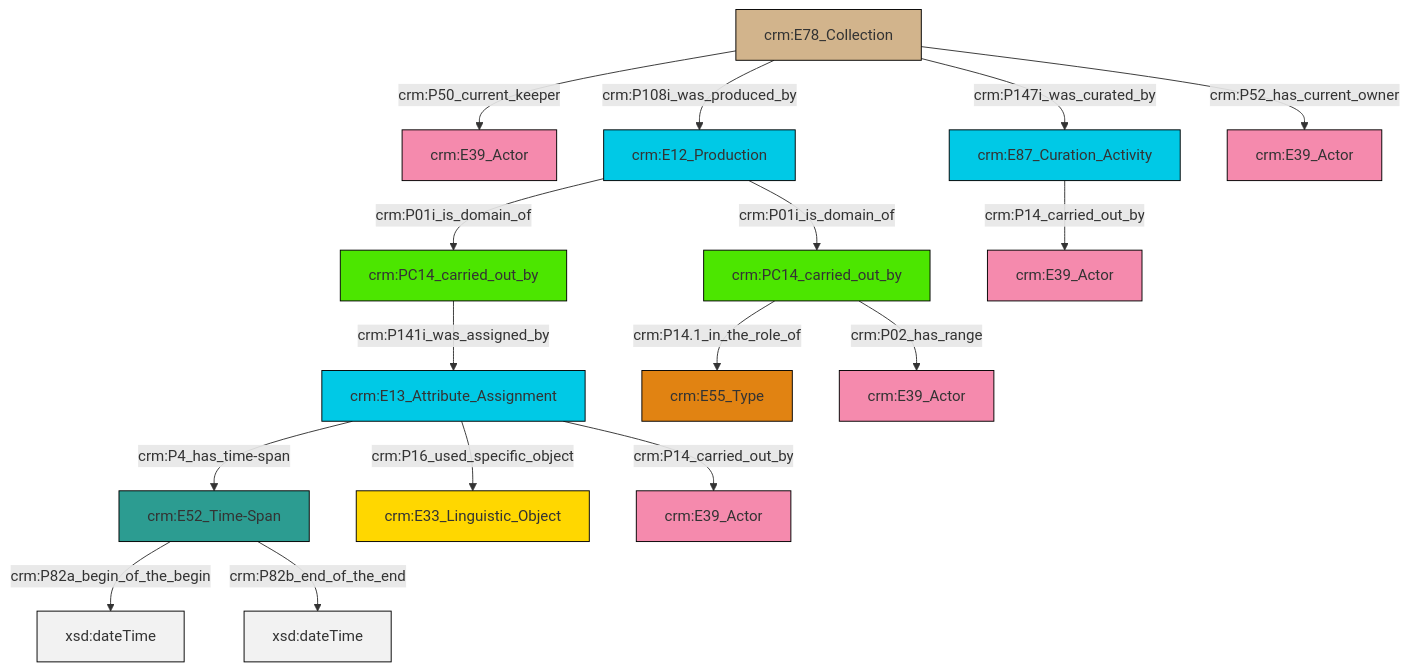
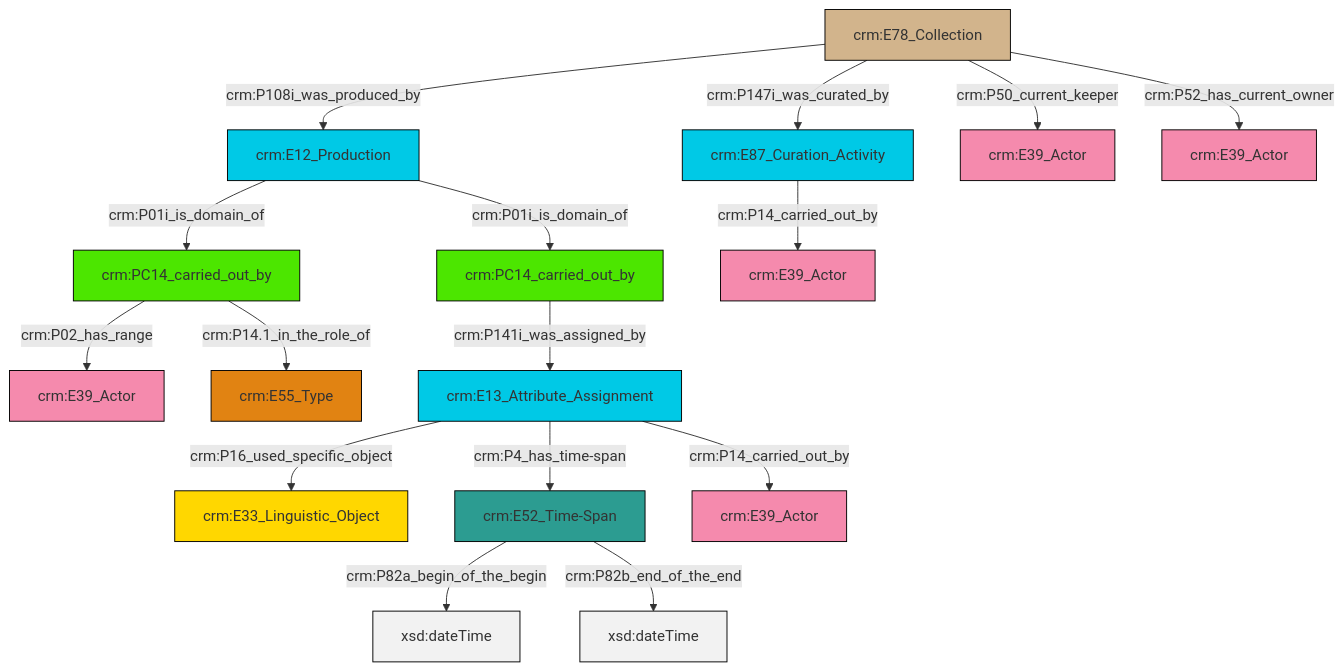
The diagram in et/archivalCSV/ttl/mmd/archival_relation.ttl.mmd (swiss-art-research-net/docs.swissartresearch), drawn with Mermaid before and after one commit. The commit also changed 177 other files, not shown here.

```diff
--- a/et/archivalCSV/ttl/mmd/archival_relation.ttl.mmd
+++ b/et/archivalCSV/ttl/mmd/archival_relation.ttl.mmd
@@ -1,30 +1,30 @@
 graph TD
 classDef Literal fill:#f2f2f2,stroke:#000000;
 classDef CRM_Entity fill:#FFFFFF,stroke:#000000;
 classDef Temporal_Entity fill:#00C9E6, stroke:#000000;
 classDef Type fill:#E18312, stroke:#000000;
 classDef Time-Span fill:#2C9C91, stroke:#000000;
 classDef Appellation fill:#FFEB7F, stroke:#000000;
 classDef Place fill:#008836, stroke:#000000;
 classDef Persistent_Item fill:#B266B2, stroke:#000000;
 classDef Conceptual_Object fill:#FFD700, stroke:#000000;
 classDef Physical_Thing fill:#D2B48C, stroke:#000000;
 classDef Actor fill:#f58aad, stroke:#000000;
 classDef PC_Classes fill:#4ce600, stroke:#000000;
 classDef Multi fill:#cccccc,stroke:#000000;
 
-2["crm:E13_Attribute_Assignment"]:::Temporal_Entity -->|crm:P16_used_specific_object| 3["crm:E33_Linguistic_Object"]:::Conceptual_Object
-6["crm:E78_Collection"]:::Physical_Thing -->|crm:P50_current_keeper| 7["crm:E39_Actor"]:::Actor
-0["crm:E52_Time-Span"]:::Time-Span -->|crm:P82a_begin_of_the_begin| 8[xsd:dateTime]:::Literal
-0["crm:E52_Time-Span"]:::Time-Span -->|crm:P82b_end_of_the_end| 9[xsd:dateTime]:::Literal
-11["crm:E12_Production"]:::Temporal_Entity -->|crm:P01i_is_domain_of| 12["crm:PC14_carried_out_by"]:::PC_Classes
-4["crm:PC14_carried_out_by"]:::PC_Classes -->|crm:P14.1_in_the_role_of| 14["crm:E55_Type"]:::Type
-4["crm:PC14_carried_out_by"]:::PC_Classes -->|crm:P02_has_range| 18["crm:E39_Actor"]:::Actor
-11["crm:E12_Production"]:::Temporal_Entity -->|crm:P01i_is_domain_of| 4["crm:PC14_carried_out_by"]:::PC_Classes
-6["crm:E78_Collection"]:::Physical_Thing -->|crm:P147i_was_curated_by| 16["crm:E87_Curation_Activity"]:::Temporal_Entity
-2["crm:E13_Attribute_Assignment"]:::Temporal_Entity -->|crm:P14_carried_out_by| 26["crm:E39_Actor"]:::Actor
-12["crm:PC14_carried_out_by"]:::PC_Classes -->|crm:P141i_was_assigned_by| 2["crm:E13_Attribute_Assignment"]:::Temporal_Entity
-6["crm:E78_Collection"]:::Physical_Thing -->|crm:P108i_was_produced_by| 11["crm:E12_Production"]:::Temporal_Entity
-2["crm:E13_Attribute_Assignment"]:::Temporal_Entity -->|crm:P4_has_time-span| 0["crm:E52_Time-Span"]:::Time-Span
-16["crm:E87_Curation_Activity"]:::Temporal_Entity -->|crm:P14_carried_out_by| 23["crm:E39_Actor"]:::Actor
-6["crm:E78_Collection"]:::Physical_Thing -->|crm:P52_has_current_owner| 19["crm:E39_Actor"]:::Actor
+4["crm:E12_Production"]:::Temporal_Entity -->|crm:P01i_is_domain_of| 0["crm:PC14_carried_out_by"]:::PC_Classes
+0["crm:PC14_carried_out_by"]:::PC_Classes -->|crm:P14.1_in_the_role_of| 5["crm:E55_Type"]:::Type
+7["crm:E78_Collection"]:::Physical_Thing -->|crm:P108i_was_produced_by| 4["crm:E12_Production"]:::Temporal_Entity
+12["crm:E87_Curation_Activity"]:::Temporal_Entity -->|crm:P14_carried_out_by| 14["crm:E39_Actor"]:::Actor
+15["crm:E13_Attribute_Assignment"]:::Temporal_Entity -->|crm:P16_used_specific_object| 8["crm:E33_Linguistic_Object"]:::Conceptual_Object
+16["crm:E52_Time-Span"]:::Time-Span -->|crm:P82a_begin_of_the_begin| 17[xsd:dateTime]:::Literal
+10["crm:PC14_carried_out_by"]:::PC_Classes -->|crm:P141i_was_assigned_by| 15["crm:E13_Attribute_Assignment"]:::Temporal_Entity
+7["crm:E78_Collection"]:::Physical_Thing -->|crm:P50_current_keeper| 18["crm:E39_Actor"]:::Actor
+15["crm:E13_Attribute_Assignment"]:::Temporal_Entity -->|crm:P14_carried_out_by| 22["crm:E39_Actor"]:::Actor
+0["crm:PC14_carried_out_by"]:::PC_Classes -->|crm:P02_has_range| 2["crm:E39_Actor"]:::Actor
+7["crm:E78_Collection"]:::Physical_Thing -->|crm:P147i_was_curated_by| 12["crm:E87_Curation_Activity"]:::Temporal_Entity
+7["crm:E78_Collection"]:::Physical_Thing -->|crm:P52_has_current_owner| 25["crm:E39_Actor"]:::Actor
+16["crm:E52_Time-Span"]:::Time-Span -->|crm:P82b_end_of_the_end| 27[xsd:dateTime]:::Literal
+4["crm:E12_Production"]:::Temporal_Entity -->|crm:P01i_is_domain_of| 10["crm:PC14_carried_out_by"]:::PC_Classes
+15["crm:E13_Attribute_Assignment"]:::Temporal_Entity -->|crm:P4_has_time-span| 16["crm:E52_Time-Span"]:::Time-Span
```
